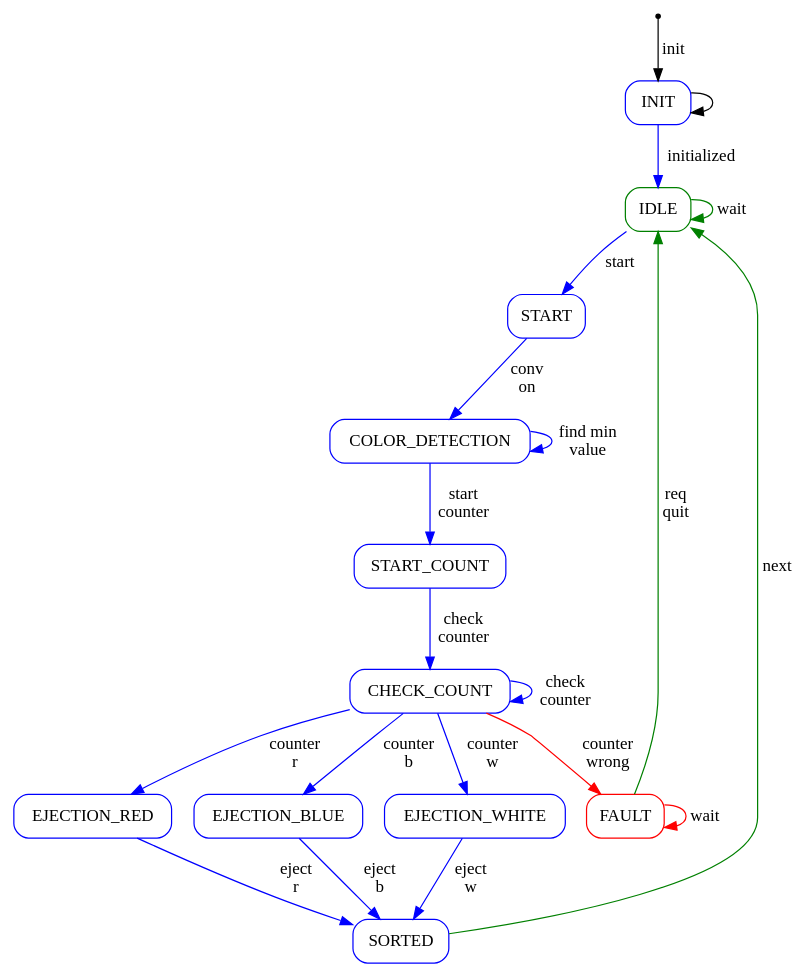
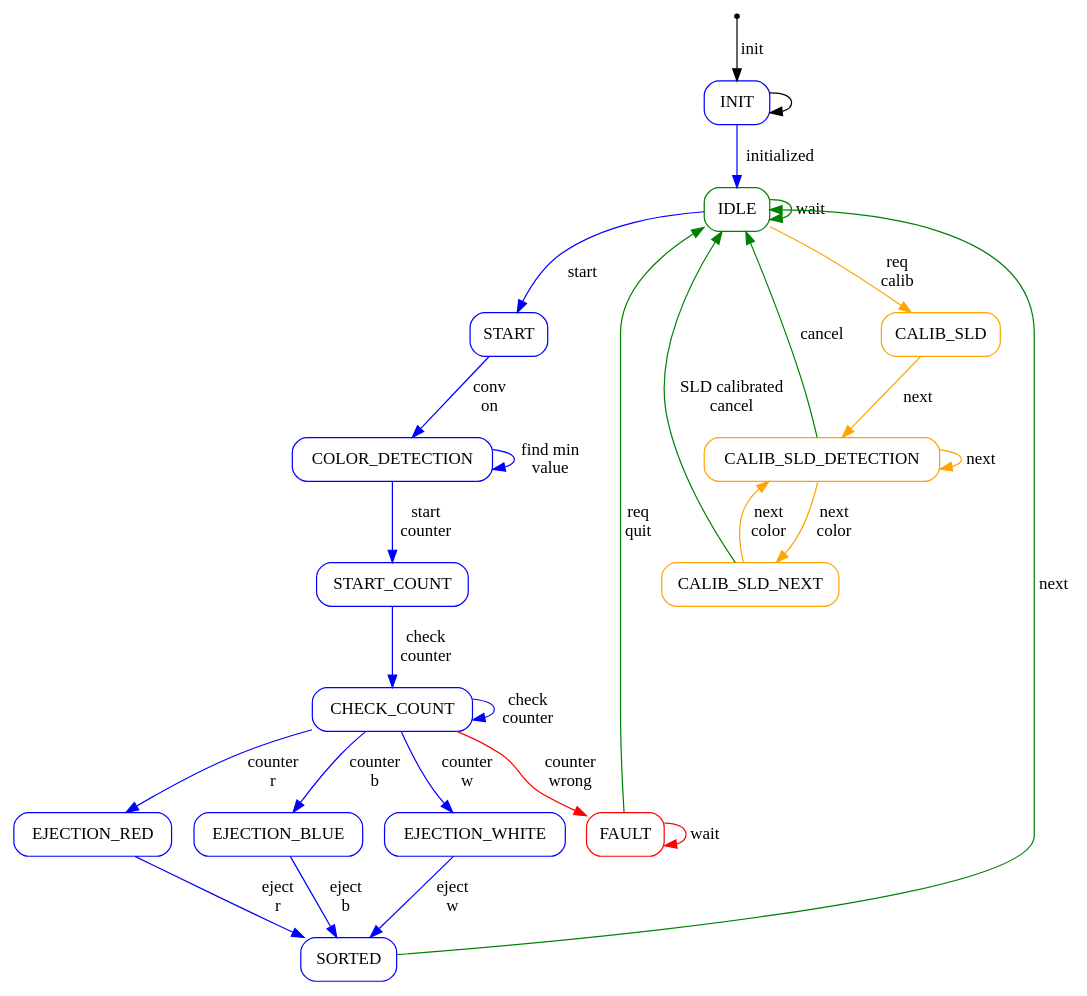
Before and after one commit to fischertechnik/txt_training_factory: the diagram in TxtSmartFactoryLib/doc/DocFsm/TxtSortingLineRun.gv, drawn with Graphviz. The commit also changed 45 other files, not shown here.

```diff
--- a/TxtSmartFactoryLib/doc/DocFsm/TxtSortingLineRun.gv
+++ b/TxtSmartFactoryLib/doc/DocFsm/TxtSortingLineRun.gv
@@ -1,35 +1,45 @@
 digraph "generated by DocFsm" {
 	node [shape = Mrecord];
 	IDLE_0 [color = green, label = "IDLE"];
 	FAULT_0 [color = red, label = "FAULT"];
 	INIT_0 [color = blue, label = "INIT"];
 	START_0 [color = blue, label = "START"];
+	CALIB_SLD_0 [color = orange, label = "CALIB_SLD"];
 	COLOR_DETECTION_0 [color = blue, label = "COLOR_DETECTION"];
 	START_COUNT_0 [color = blue, label = "START_COUNT"];
 	CHECK_COUNT_0 [color = blue, label = "CHECK_COUNT"];
 	EJECTION_WHITE_0 [color = blue, label = "EJECTION_WHITE"];
 	EJECTION_RED_0 [color = blue, label = "EJECTION_RED"];
 	EJECTION_BLUE_0 [color = blue, label = "EJECTION_BLUE"];
 	SORTED_0 [color = blue, label = "SORTED"];
+	CALIB_SLD_DETECTION_0 [color = orange, label = "CALIB_SLD_DETECTION"];
+	CALIB_SLD_NEXT_0 [color = orange, label = "CALIB_SLD_NEXT"];
 	entry0_0 [shape = point, label = "entry0"];
 	IDLE_0 -> START_0 [color = blue, label = "start"];
+	IDLE_0 -> CALIB_SLD_0 [color = orange, label = "req\ncalib"];
 	IDLE_0 -> IDLE_0 [color = green, label = "wait"];
 	FAULT_0 -> IDLE_0 [color = green, label = "req\nquit"];
 	FAULT_0 -> FAULT_0 [color = red, label = "wait"];
 	INIT_0 -> INIT_0;
 	INIT_0 -> IDLE_0 [color = blue, label = "initialized"];
 	START_0 -> COLOR_DETECTION_0 [color = blue, label = "conv\non"];
+	CALIB_SLD_0 -> CALIB_SLD_DETECTION_0 [color = orange, label = "next"];
 	COLOR_DETECTION_0 -> START_COUNT_0 [color = blue, label = "start\ncounter"];
 	COLOR_DETECTION_0 -> COLOR_DETECTION_0 [color = blue, label = "find min\nvalue"];
 	START_COUNT_0 -> CHECK_COUNT_0 [color = blue, label = "check\ncounter"];
 	CHECK_COUNT_0 -> EJECTION_WHITE_0 [color = blue, label = "counter\nw"];
 	CHECK_COUNT_0 -> EJECTION_RED_0 [color = blue, label = "counter\nr"];
 	CHECK_COUNT_0 -> EJECTION_BLUE_0 [color = blue, label = "counter\nb"];
 	CHECK_COUNT_0 -> FAULT_0 [color = red, label = "counter\nwrong"];
 	CHECK_COUNT_0 -> CHECK_COUNT_0 [color = blue, label = "check\ncounter"];
 	EJECTION_WHITE_0 -> SORTED_0 [color = blue, label = "eject\nw"];
 	EJECTION_RED_0 -> SORTED_0 [color = blue, label = "eject\nr"];
 	EJECTION_BLUE_0 -> SORTED_0 [color = blue, label = "eject\nb"];
 	SORTED_0 -> IDLE_0 [color = green, label = "next"];
+	CALIB_SLD_DETECTION_0 -> IDLE_0 [color = green, label = "cancel"];
+	CALIB_SLD_DETECTION_0 -> CALIB_SLD_NEXT_0 [color = orange, label = "next\ncolor"];
+	CALIB_SLD_DETECTION_0 -> CALIB_SLD_DETECTION_0 [color = orange, label = "next"];
+	CALIB_SLD_NEXT_0 -> IDLE_0 [color = green, label = "SLD calibrated\ncancel"];
+	CALIB_SLD_NEXT_0 -> CALIB_SLD_DETECTION_0 [color = orange, label = "next\ncolor"];
 	entry0_0 -> INIT_0 [color = black, label = "init"];
 }
```
